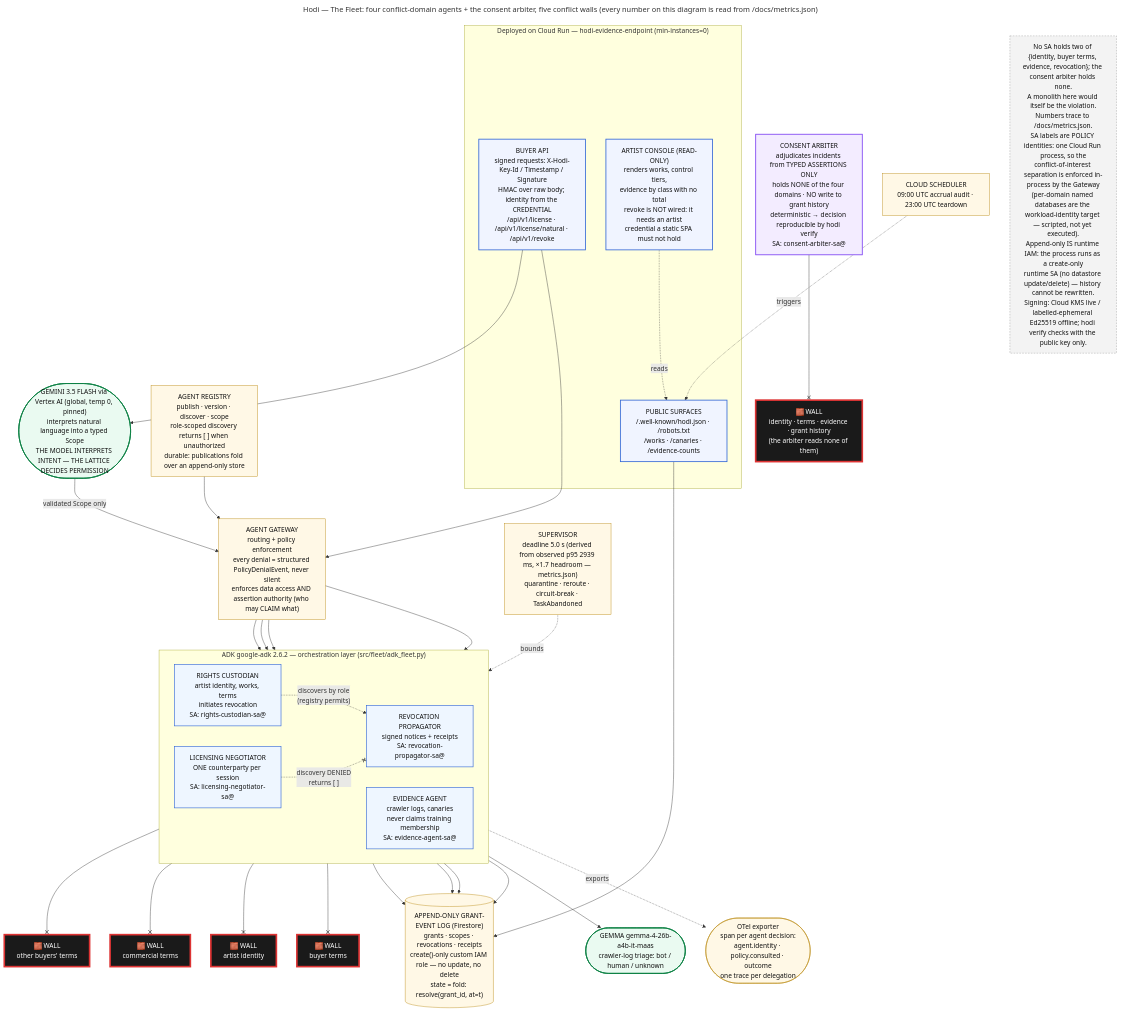
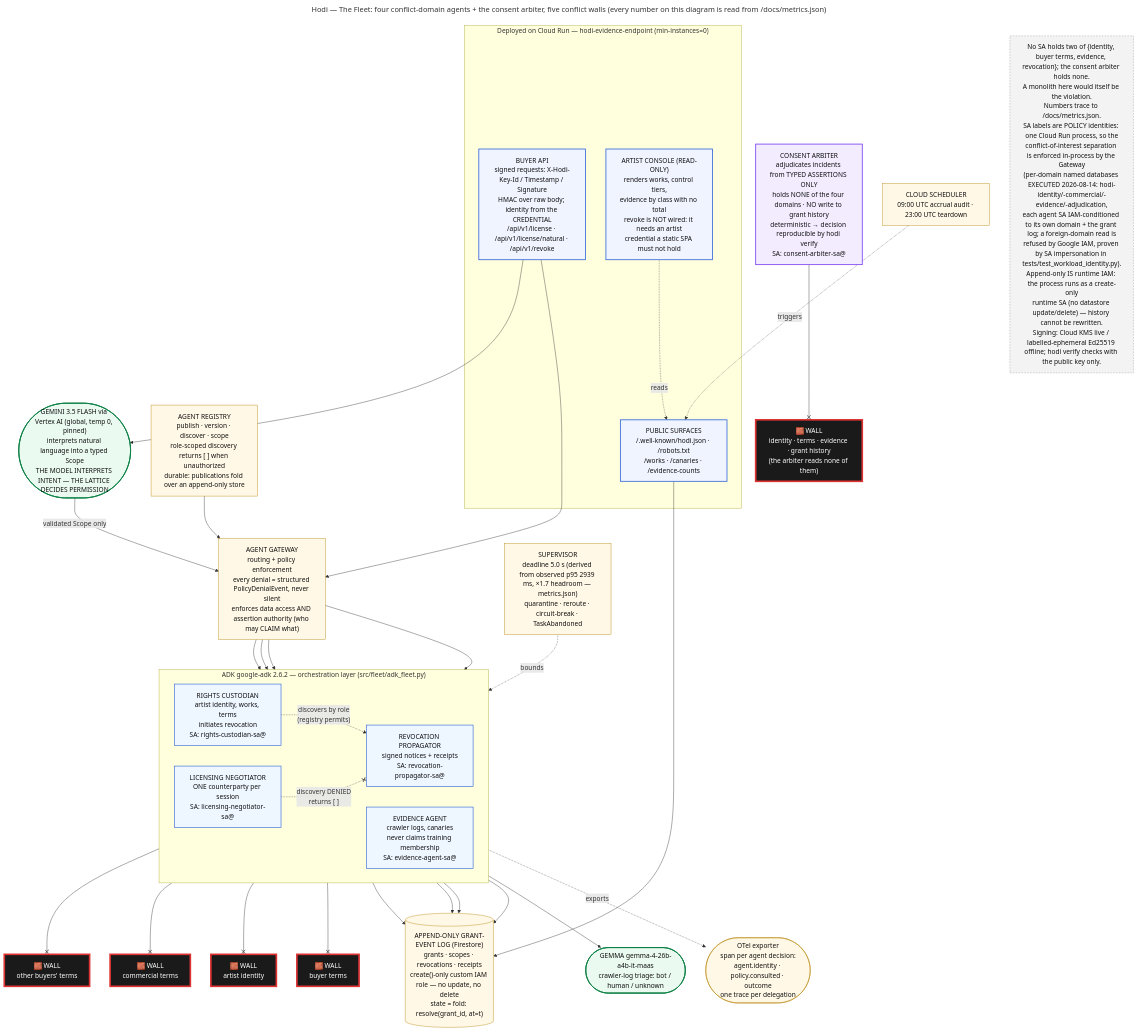
The diagram in docs/architecture/diagram_a_the_fleet.mmd (Jeremiah-Sakuda/Hodi), drawn with Mermaid before and after one commit. The commit also changed 20 other files, not shown here.

```diff
--- a/docs/architecture/diagram_a_the_fleet.mmd
+++ b/docs/architecture/diagram_a_the_fleet.mmd
@@ -1,89 +1,89 @@
 ---
 title: "Hodi — The Fleet: four conflict-domain agents + the consent arbiter, five conflict walls (every number on this diagram is read from /docs/metrics.json)"
 ---
 flowchart TB
 
     REG["AGENT REGISTRY<br/>publish · version · discover · scope<br/>role-scoped discovery returns [ ] when unauthorized<br/>durable: publications fold over an append-only store"]
 
     GW["AGENT GATEWAY<br/>routing + policy enforcement<br/>every denial = structured PolicyDenialEvent, never silent<br/>enforces data access AND assertion authority (who may CLAIM what)"]
 
     REG --> GW
 
     subgraph ADK["ADK google-adk 2.6.2 — orchestration layer (src/fleet/adk_fleet.py)"]
         direction LR
         RC["RIGHTS CUSTODIAN<br/>artist identity, works, terms<br/>initiates revocation<br/>SA: rights-custodian-sa@"]
         LN["LICENSING NEGOTIATOR<br/>ONE counterparty per session<br/>SA: licensing-negotiator-sa@"]
         EV["EVIDENCE AGENT<br/>crawler logs, canaries<br/>never claims training membership<br/>SA: evidence-agent-sa@"]
         RP["REVOCATION PROPAGATOR<br/>signed notices + receipts<br/>SA: revocation-propagator-sa@"]
     end
 
     OTEL(["OTel exporter<br/>span per agent decision:<br/>agent.identity · policy.consulted · outcome<br/>one trace per delegation"])
     ADK -.exports.-> OTEL
 
     RC -. "discovers by role<br/>(registry permits)" .-> RP
     LN -. "discovery DENIED<br/>returns [ ]" .-x RP
 
     GW --> RC
     GW --> LN
     GW --> EV
     GW --> RP
 
     ARB["CONSENT ARBITER<br/>adjudicates incidents from TYPED ASSERTIONS ONLY<br/>holds NONE of the four domains · NO write to grant history<br/>deterministic → decision reproducible by hodi verify<br/>SA: consent-arbiter-sa@"]
 
     W1["🧱 WALL<br/>other buyers' terms"]
     W2["🧱 WALL<br/>commercial terms"]
     W3["🧱 WALL<br/>artist identity"]
     W4["🧱 WALL<br/>buyer terms"]
     W5["🧱 WALL<br/>identity · terms · evidence · grant history<br/>(the arbiter reads none of them)"]
 
     LN --x W1
     EV --x W2
     RP --x W3
     RC --x W4
     ARB --x W5
 
     LOG[("APPEND-ONLY GRANT-EVENT LOG (Firestore)<br/>grants · scopes · revocations · receipts<br/>create()-only custom IAM role — no update, no delete<br/>state = fold: resolve(grant_id, at=t)")]
 
     RC --> LOG
     LN --> LOG
     EV --> LOG
     RP --> LOG
 
     SUP["SUPERVISOR<br/>deadline 5.0 s (derived from observed p95 2939 ms, ×1.7 headroom — metrics.json)<br/>quarantine · reroute · circuit-break · TaskAbandoned"]
     SUP -.bounds.-> ADK
 
     subgraph DEPLOYED["Deployed on Cloud Run — hodi-evidence-endpoint (min-instances=0)"]
         API["BUYER API<br/>signed requests: X-Hodi-Key-Id / Timestamp / Signature<br/>HMAC over raw body; identity from the CREDENTIAL<br/>/api/v1/license · /api/v1/license/natural · /api/v1/revoke"]
         PUB["PUBLIC SURFACES<br/>/.well-known/hodi.json · /robots.txt<br/>/works · /canaries · /evidence-counts"]
         CON["ARTIST CONSOLE (READ-ONLY)<br/>renders works, control tiers,<br/>evidence by class with no total<br/>revoke is NOT wired: it needs an artist<br/>credential a static SPA must not hold"]
     end
 
     GEM(["GEMINI 3.5 FLASH via Vertex AI (global, temp 0, pinned)<br/>interprets natural language into a typed Scope<br/>THE MODEL INTERPRETS INTENT — THE LATTICE DECIDES PERMISSION"])
     GMA(["GEMMA gemma-4-26b-a4b-it-maas<br/>crawler-log triage: bot / human / unknown"])
     SCH["CLOUD SCHEDULER<br/>09:00 UTC accrual audit · 23:00 UTC teardown"]
 
     API --> GEM
     GEM -- "validated Scope only" --> GW
     API --> GW
     CON -. reads .-> PUB
     PUB --> LOG
     EV --> GMA
     SCH -.triggers.-> PUB
 
-    NOTE["No SA holds two of {identity, buyer terms, evidence, revocation}; the consent arbiter holds none.<br/>A monolith here would itself be the violation.<br/>Numbers trace to /docs/metrics.json.<br/>SA labels are POLICY identities: one Cloud Run process, so the<br/>conflict-of-interest separation is enforced in-process by the Gateway<br/>(per-domain named databases are the workload-identity target — scripted, not yet executed).<br/>Append-only IS runtime IAM: the process runs as a create-only<br/>runtime SA (no datastore update/delete) — history cannot be rewritten.<br/>Signing: Cloud KMS live / labelled-ephemeral Ed25519 offline; hodi verify checks with the public key only."]
+    NOTE["No SA holds two of {identity, buyer terms, evidence, revocation}; the consent arbiter holds none.<br/>A monolith here would itself be the violation.<br/>Numbers trace to /docs/metrics.json.<br/>SA labels are POLICY identities: one Cloud Run process, so the<br/>conflict-of-interest separation is enforced in-process by the Gateway<br/>(per-domain named databases EXECUTED 2026-08-14: hodi-identity/-commercial/-evidence/-adjudication,<br/>each agent SA IAM-conditioned to its own domain + the grant log; a foreign-domain read is<br/>refused by Google IAM, proven by SA impersonation in tests/test_workload_identity.py).<br/>Append-only IS runtime IAM: the process runs as a create-only<br/>runtime SA (no datastore update/delete) — history cannot be rewritten.<br/>Signing: Cloud KMS live / labelled-ephemeral Ed25519 offline; hodi verify checks with the public key only."]
 
     classDef wall fill:#1a1a1a,color:#ffffff,stroke:#d33,stroke-width:4px
     classDef agent fill:#eef6ff,stroke:#3367d6,stroke-width:1.5px,color:#111
     classDef arbiter fill:#f3ecff,stroke:#7b3ff2,stroke-width:2px,color:#111
     classDef infra fill:#fff8e6,stroke:#b8860b,color:#111
     classDef note fill:#f3f3f3,stroke:#999,stroke-dasharray:4 3,color:#111
     classDef model fill:#eafaf1,stroke:#0b8043,stroke-width:2px,color:#111
     classDef deployed fill:#f0f4ff,stroke:#3367d6,stroke-width:2px,color:#111
 
     class W1,W2,W3,W4,W5 wall
     class RC,LN,EV,RP agent
     class ARB arbiter
     class REG,GW,LOG,SUP,OTEL,SCH infra
     class GEM,GMA model
     class API,PUB,CON deployed
     class NOTE note
```
